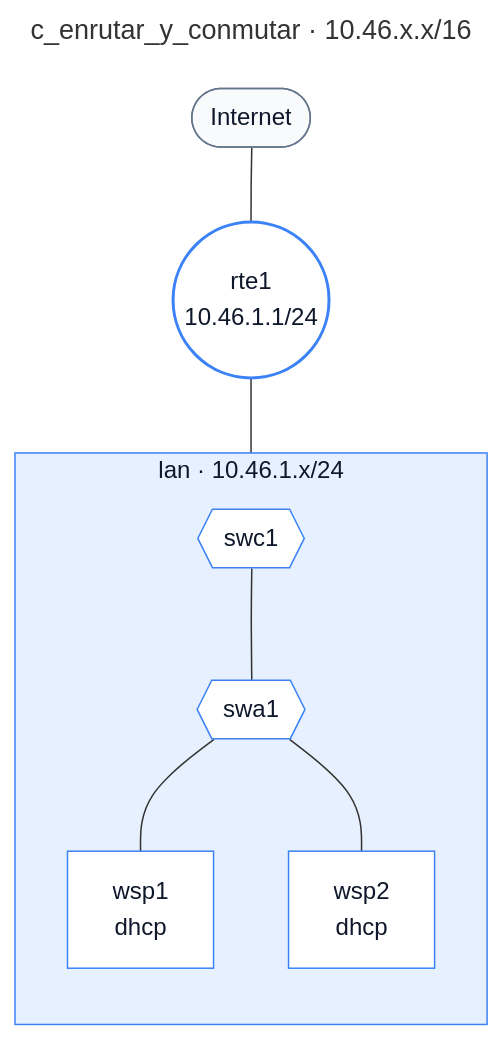
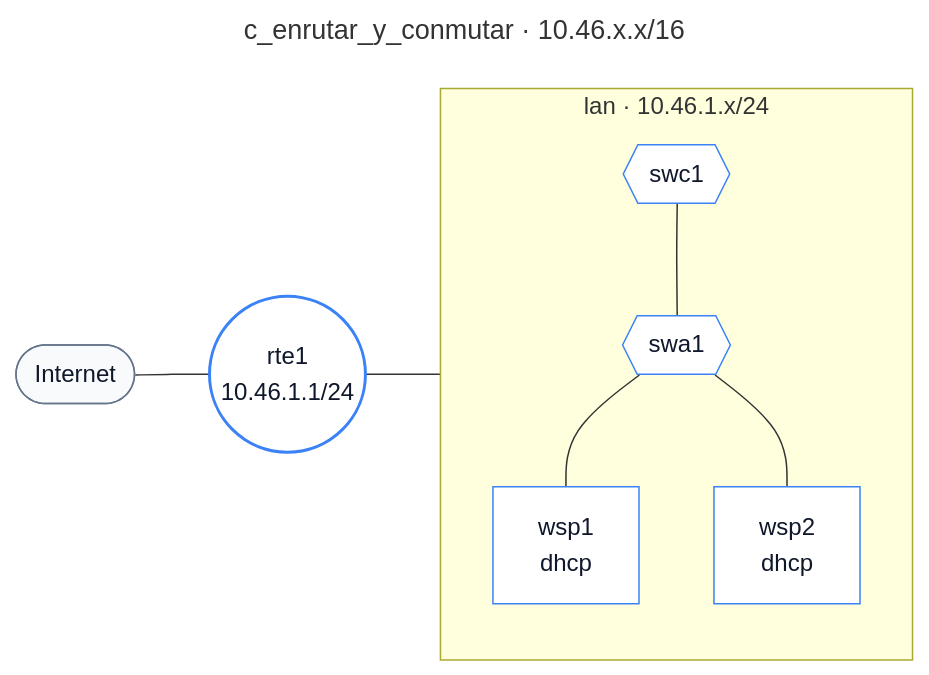
One commit to MagicJF/NetLabs changed the first of 2 diagrams in labs/c_enrutar_y_conmutar/c_enrutar_y_conmutar.md. Above: the diagram before and after it, drawn with Mermaid. The commit also changed other lines of this file and 4 other files, not shown here.

````diff
--- a/labs/c_enrutar_y_conmutar/c_enrutar_y_conmutar.md
+++ b/labs/c_enrutar_y_conmutar/c_enrutar_y_conmutar.md
@@ -13,31 +13,31 @@
 ```mermaid
 ---
 title: c_enrutar_y_conmutar · 10.46.x.x/16
 ---
-flowchart TB
+flowchart LR
     classDef red fill:#3b82f6,fill-opacity:0.12,stroke:#3b82f6,stroke-width:1px,color:#0f172a
     classDef equipo fill:#ffffff,stroke:#3b82f6,stroke-width:1px,color:#0f172a
     classDef puerta fill:#ffffff,stroke:#3b82f6,stroke-width:2px,color:#0f172a
     classDef internet fill:#f8fafc,stroke:#64748b,stroke-width:1px,color:#0f172a
     internet(["Internet"])
     class internet internet
     n_rte1(("rte1<br/>10.46.1.1/24"))
     class n_rte1 puerta
     subgraph red0["lan · 10.46.1.x/24"]
         direction TB
         n_swc1{{"swc1"}}
         class n_swc1 equipo
         n_swa1{{"swa1"}}
         class n_swa1 equipo
         n_wsp1["wsp1<br/>dhcp"]
         class n_wsp1 equipo
         n_wsp2["wsp2<br/>dhcp"]
         class n_wsp2 equipo
     end
     class red0 red
     internet --- n_rte1
-    n_rte1 --- n_swc1
+    n_rte1 --- red0
     n_swc1 --- n_swa1
     n_swa1 --- n_wsp1
     n_swa1 --- n_wsp2
 ```
````
